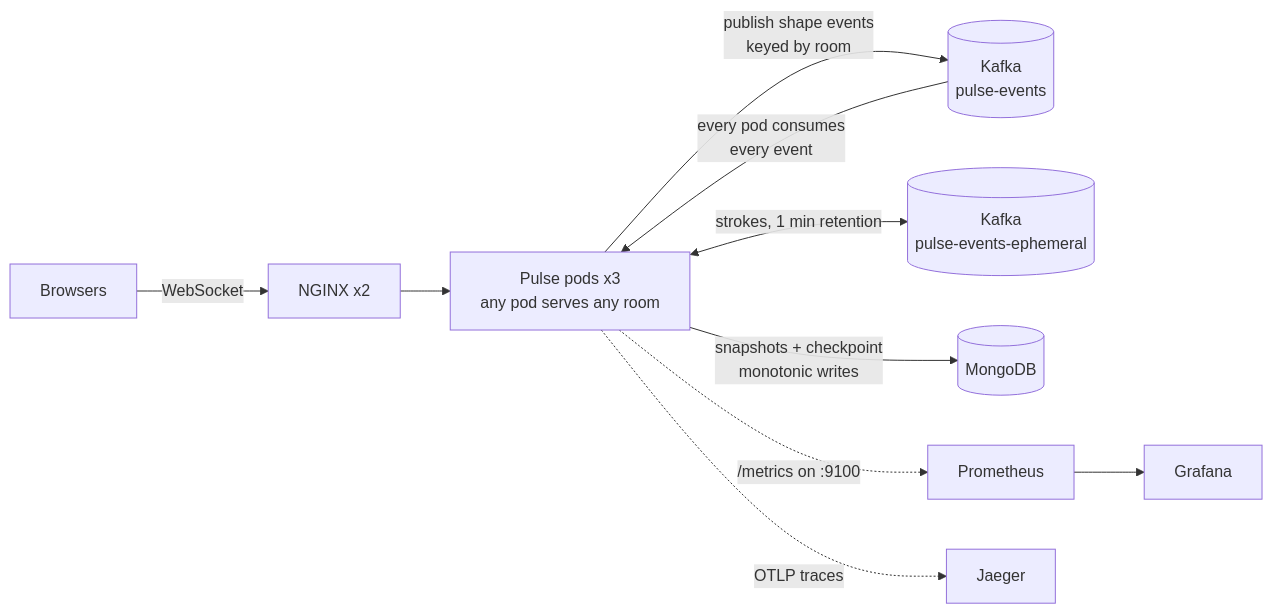
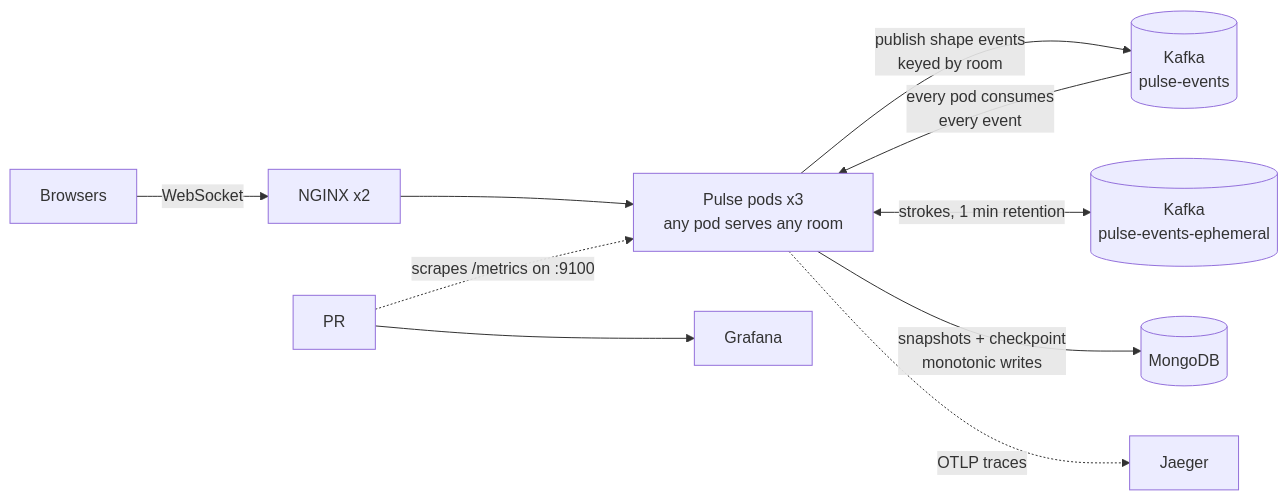
Before and after one commit to markandray/pulse: the first of 2 diagrams in README.md, drawn with Mermaid. The commit also changed other lines of this file and 2 other files, not shown here.

````diff
--- a/README.md
+++ b/README.md
@@ -15,11 +15,12 @@
 ```mermaid
 flowchart LR
   B["Browsers"] -->|WebSocket| N["NGINX x2"]
   N --> P["Pulse pods x3<br/>any pod serves any room"]
   P -->|"publish shape events<br/>keyed by room"| K[("Kafka<br/>pulse-events")]
   K -->|"every pod consumes<br/>every event"| P
   P <-->|"strokes, 1 min retention"| KE[("Kafka<br/>pulse-events-ephemeral")]
   P -->|"snapshots + checkpoint<br/>monotonic writes"| M[("MongoDB")]
-  P -.->|"/metrics on :9100"| PR["Prometheus"] --> G["Grafana"]
+  PR -.->|"scrapes /metrics on :9100"| P
+  PR --> G["Grafana"]
   P -.->|"OTLP traces"| J["Jaeger"]
 ```
````
